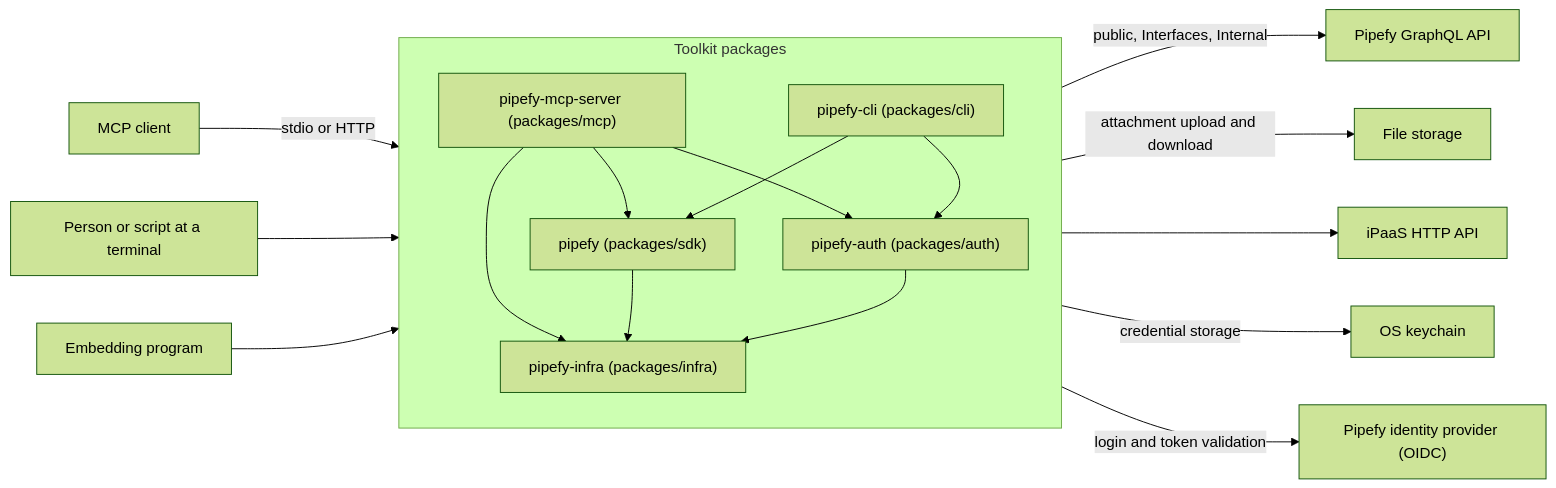
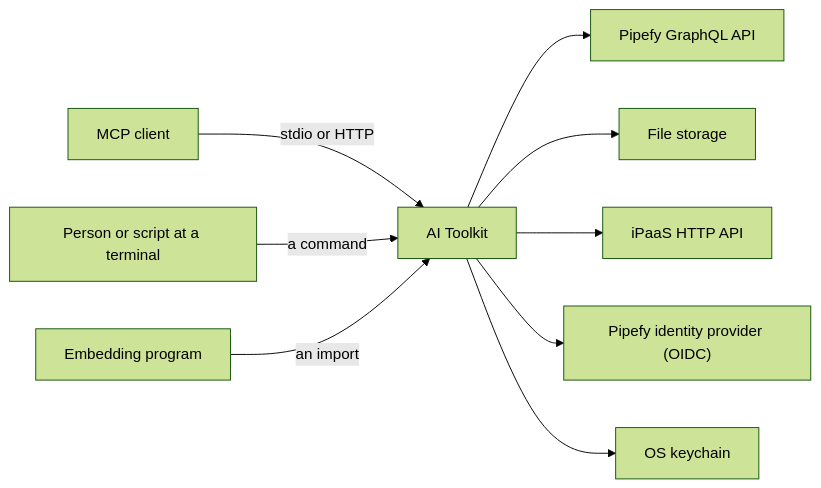
One commit to gbrlcustodio/pipefy-mcp-server changed the first of 2 diagrams in docs/contributing/architecture.md. Above: the diagram before and after it, drawn with Mermaid (forest theme). The commit also changed other lines of this file, not shown here.

Commit message:
docs: draw the toolkit as one box
Arc42 asks this section for a black box, and the diagram drew five packages
and seven dependency edges instead. One node now stands for the whole
toolkit, and the level-1 detail lives in `Package decomposition`.

A table takes the outbound labels. It carries what crosses each boundary
and which of the three applications reaches it, because no install reaches
every partner and the box alone would overstate each one. The inbound
arrows keep their label, which is the channel a consumer arrives over, and
that is the one technical fact no other section holds.

The dropped `public, Interfaces, Internal` label named three endpoints,
where `authoring.md` sets the altitude at no endpoint and no step named.
The legend no longer promises a port for every crossing, because two of
five have one.

````diff
--- a/docs/contributing/architecture.md
+++ b/docs/contributing/architecture.md
@@ -107,29 +107,14 @@
 ```mermaid
 flowchart LR
-    client["MCP client"] -- "stdio or HTTP" --> mcp
-    shell["Person or script at a terminal"] --> cli
-    program["Embedding program"] --> sdk
+    toolkit["AI Toolkit"]
 
-    subgraph toolkit["Toolkit packages"]
-        direction TB
-        mcp["pipefy-mcp-server (packages/mcp)"]
-        cli["pipefy-cli (packages/cli)"]
-        sdk["pipefy (packages/sdk)"]
-        auth["pipefy-auth (packages/auth)"]
-        infra["pipefy-infra (packages/infra)"]
+    client["MCP client"] -- "stdio or HTTP" --> toolkit
+    shell["Person or script at a terminal"] -- "a command" --> toolkit
+    program["Embedding program"] -- "an import" --> toolkit
 
-        mcp --> sdk
-        mcp --> auth
-        mcp --> infra
-        cli --> sdk
-        cli --> auth
-        sdk --> infra
-        auth --> infra
-    end
-
-    sdk -- "public, Interfaces, Internal" --> graphql["Pipefy GraphQL API"]
-    sdk -- "attachment upload and download" --> storage["File storage"]
-    mcp --> ipaas["iPaaS HTTP API"]
-    auth -- "credential storage" --> keychain["OS keychain"]
-    auth -- "login and token validation" --> idp["Pipefy identity provider (OIDC)"]
+    toolkit --> graphql["Pipefy GraphQL API"]
+    toolkit --> storage["File storage"]
+    toolkit --> ipaas["iPaaS HTTP API"]
+    toolkit --> idp["Pipefy identity provider (OIDC)"]
+    toolkit --> keychain["OS keychain"]
 ```
````
